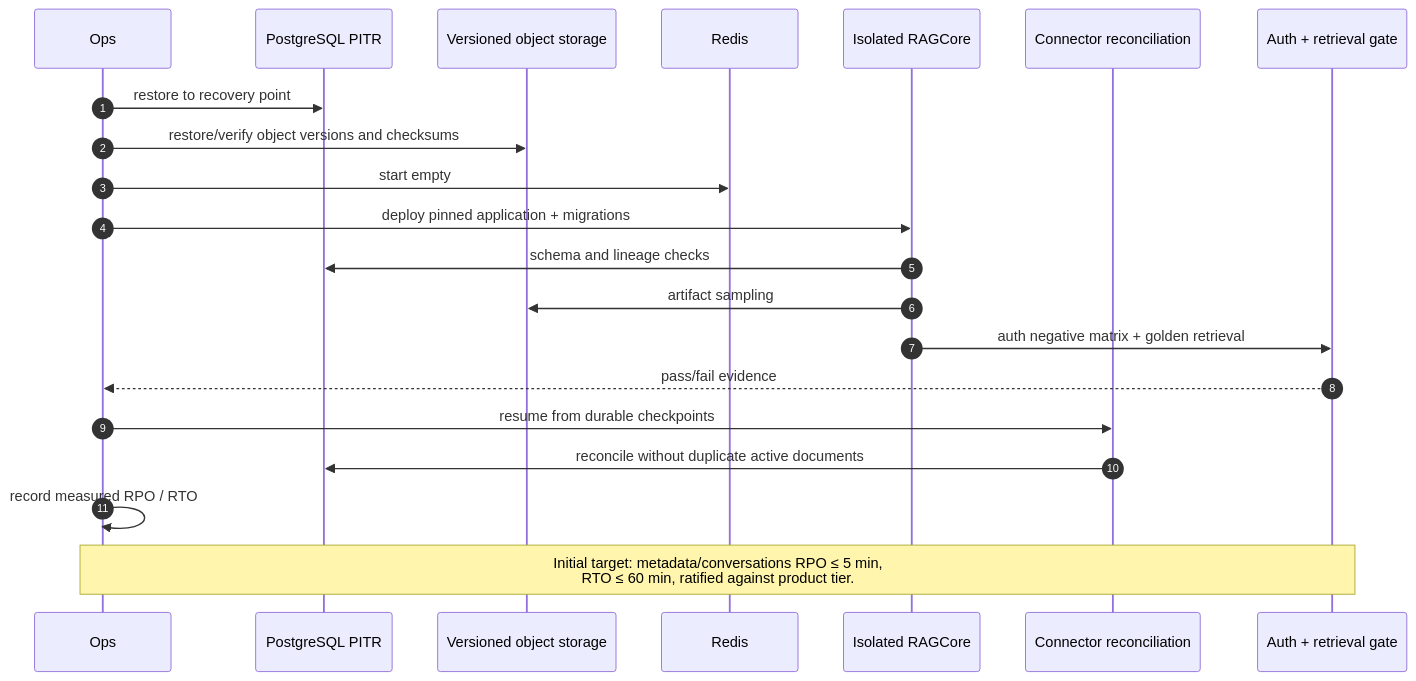
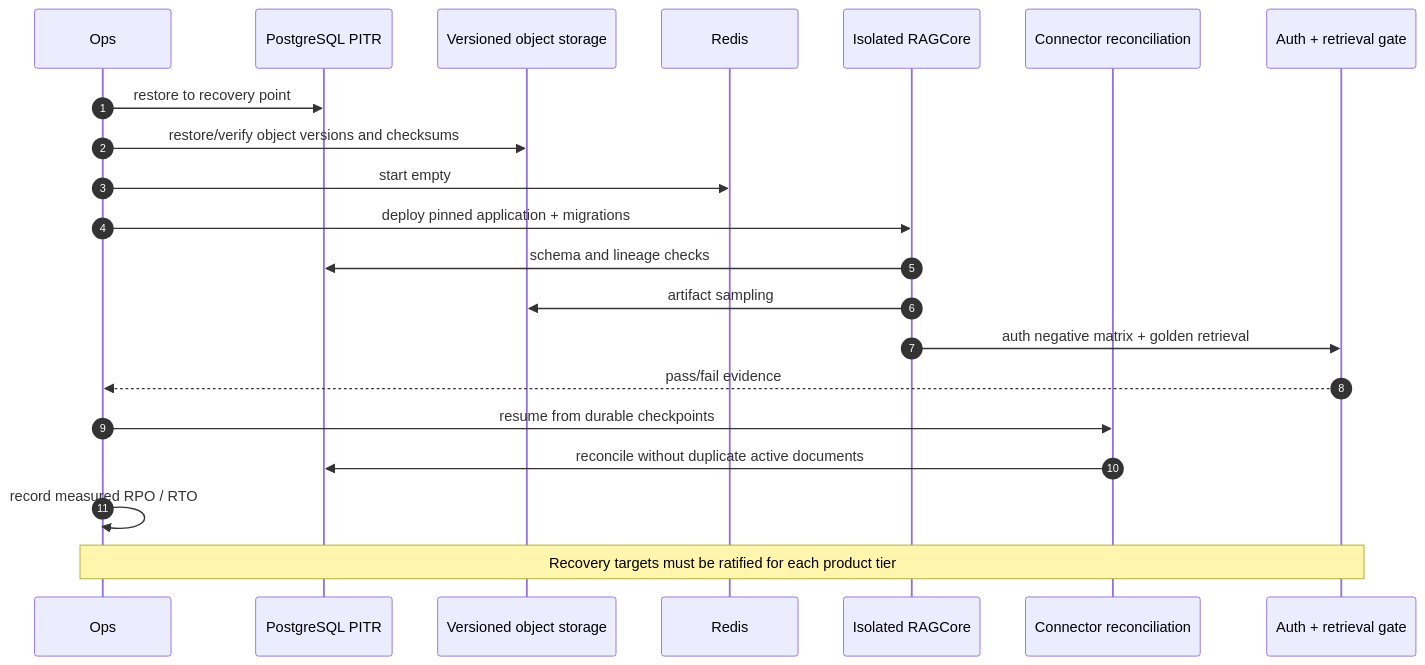
Diagram 39 of 42 in design.md (shivam2003-dev/RAGCore), drawn with Mermaid before and after one commit. The commit also changed 2 other files, not shown here.

Commit message:
docs: harden diagram rendering and source links

````diff
--- a/design.md
+++ b/design.md
@@ -1417,25 +1417,25 @@
 ```mermaid
 sequenceDiagram
     autonumber
     participant Ops
     participant PG as PostgreSQL PITR
     participant Obj as Versioned object storage
     participant Redis as Redis
     participant App as Isolated RAGCore
     participant Conn as Connector reconciliation
     participant Eval as Auth + retrieval gate
 
     Ops->>PG: restore to recovery point
     Ops->>Obj: restore/verify object versions and checksums
     Ops->>Redis: start empty
     Ops->>App: deploy pinned application + migrations
     App->>PG: schema and lineage checks
     App->>Obj: artifact sampling
     App->>Eval: auth negative matrix + golden retrieval
     Eval-->>Ops: pass/fail evidence
     Ops->>Conn: resume from durable checkpoints
     Conn->>PG: reconcile without duplicate active documents
     Ops->>Ops: record measured RPO / RTO
 
-    Note over Ops,Eval: Initial target: metadata/conversations RPO ≤ 5 min,<br/>RTO ≤ 60 min, ratified against product tier.
+    Note over Ops,Eval: Recovery targets must be ratified for each product tier
 ```
````
